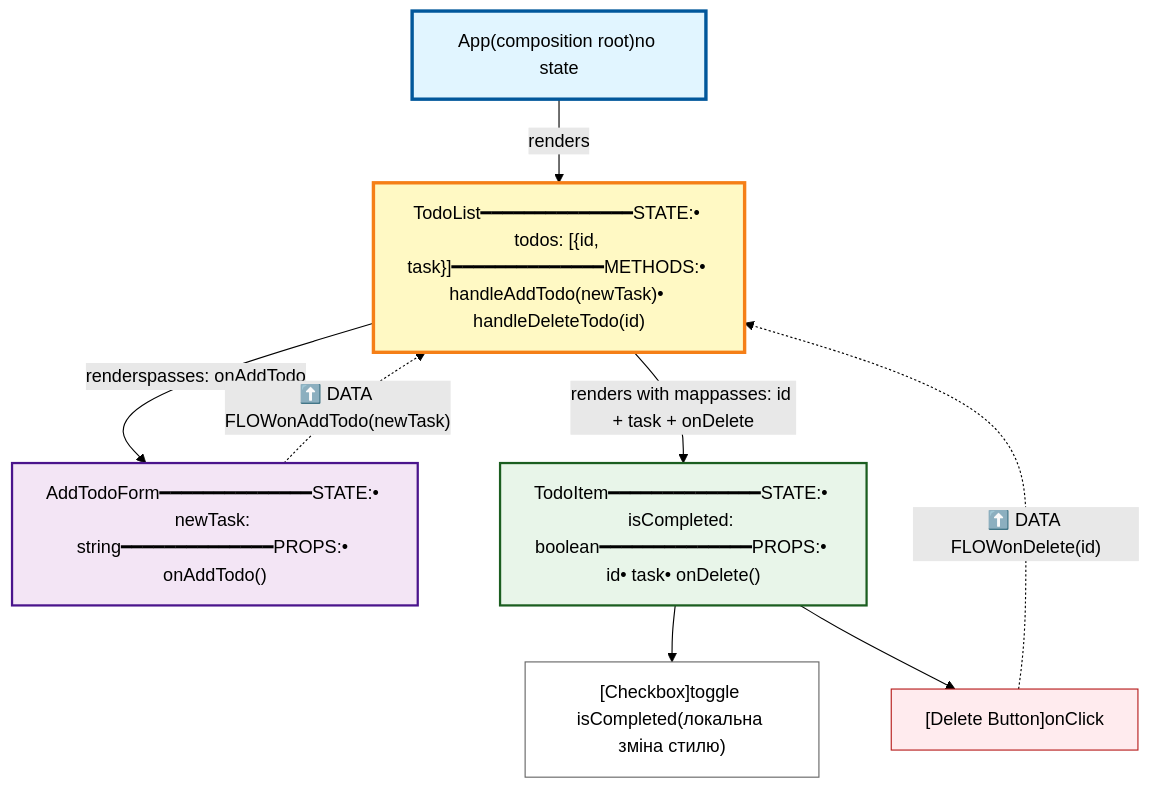
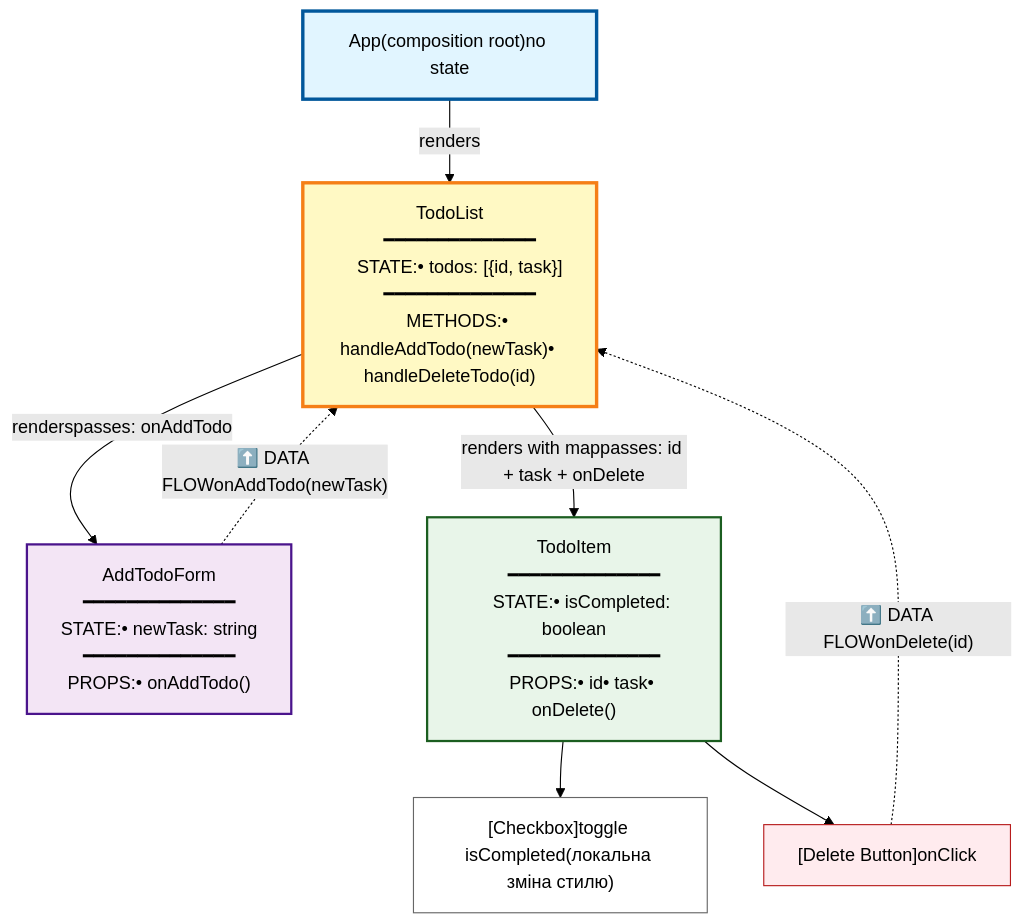
One commit to kostiantyn-oa/Lab-3 changed the diagram in Lab-3/README.md. Above: the diagram before and after it, drawn with Mermaid (forest theme).

Commit message:
Updated v5 README.md

````diff
--- a/Lab-3/README.md
+++ b/Lab-3/README.md
@@ -4,22 +4,34 @@
 ```mermaid
 graph TD
     App["App(composition root)no state"]
-    TodoList["TodoList━━━━━━━━━━━━━━STATE:• todos: [{id, task}]━━━━━━━━━━━━━━METHODS:• handleAddTodo(newTask)• handleDeleteTodo(id)"]
-    AddTodoForm["AddTodoForm━━━━━━━━━━━━━━STATE:• newTask: string━━━━━━━━━━━━━━PROPS:• onAddTodo()"]
-    TodoItem["TodoItem━━━━━━━━━━━━━━STATE:• isCompleted: boolean━━━━━━━━━━━━━━PROPS:• id• task• onDelete()"]
+    TodoList["TodoList
+    ━━━━━━━━━━━━━━
+    STATE:• todos: [{id, task}]
+    ━━━━━━━━━━━━━━
+    METHODS:• handleAddTodo(newTask)• handleDeleteTodo(id)"]
+    AddTodoForm["AddTodoForm
+    ━━━━━━━━━━━━━━
+    STATE:• newTask: string
+    ━━━━━━━━━━━━━━
+    PROPS:• onAddTodo()"]
+    TodoItem["TodoItem
+    ━━━━━━━━━━━━━━
+    STATE:• isCompleted: boolean
+    ━━━━━━━━━━━━━━
+    PROPS:• id• task• onDelete()"]
     Checkbox["[Checkbox]toggle isCompleted(локальна зміна стилю)"]
     DeleteBtn["[Delete Button]onClick"]
     App -->|renders| TodoList
     TodoList -->|"renderspasses: onAddTodo"| AddTodoForm
     TodoList -->|"renders with mappasses: id + task + onDelete"| TodoItem
     AddTodoForm -.->|"⬆️ DATA FLOWonAddTodo(newTask)"| TodoList
     TodoItem --> Checkbox
     TodoItem --> DeleteBtn
     DeleteBtn -.->|"⬆️ DATA FLOWonDelete(id)"| TodoList
     style App fill:#e1f5ff,stroke:#01579b,stroke-width:3px
     style TodoList fill:#fff9c4,stroke:#f57f17,stroke-width:3px
     style AddTodoForm fill:#f3e5f5,stroke:#4a148c,stroke-width:2px
     style TodoItem fill:#e8f5e9,stroke:#1b5e20,stroke-width:2px
     style Checkbox fill:#fff,stroke:#666,stroke-width:1px
     style DeleteBtn fill:#ffebee,stroke:#b71c1c,stroke-width:1px
 ```
````
